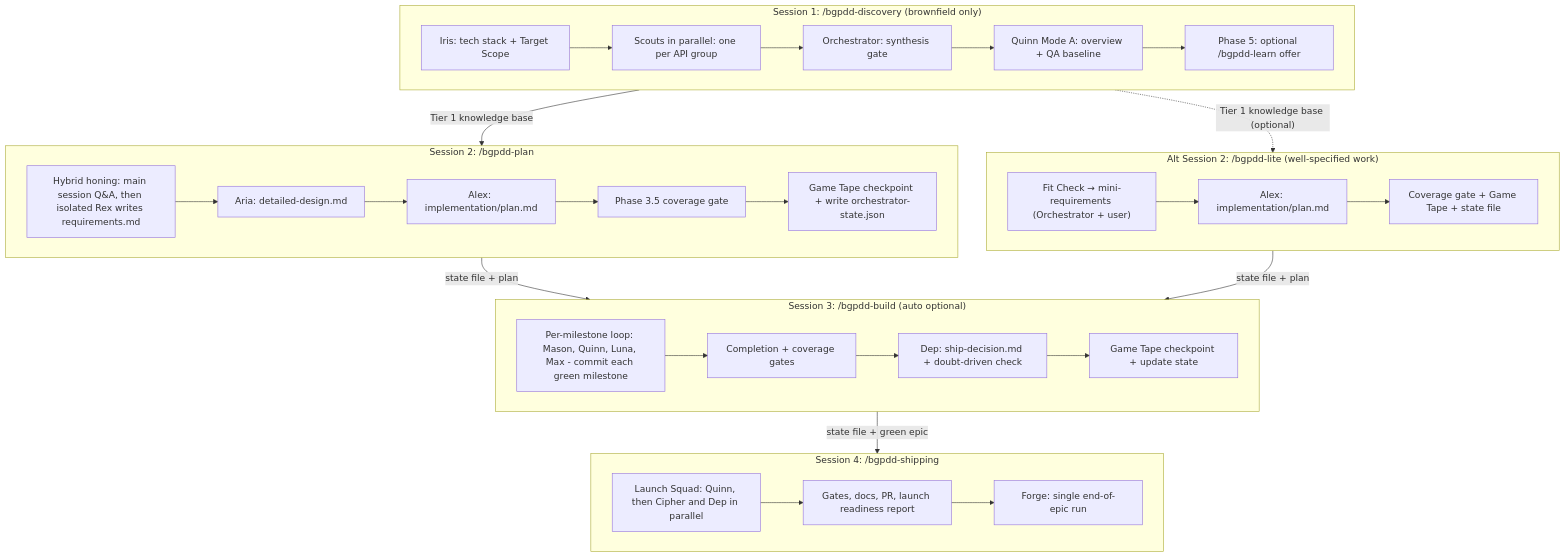
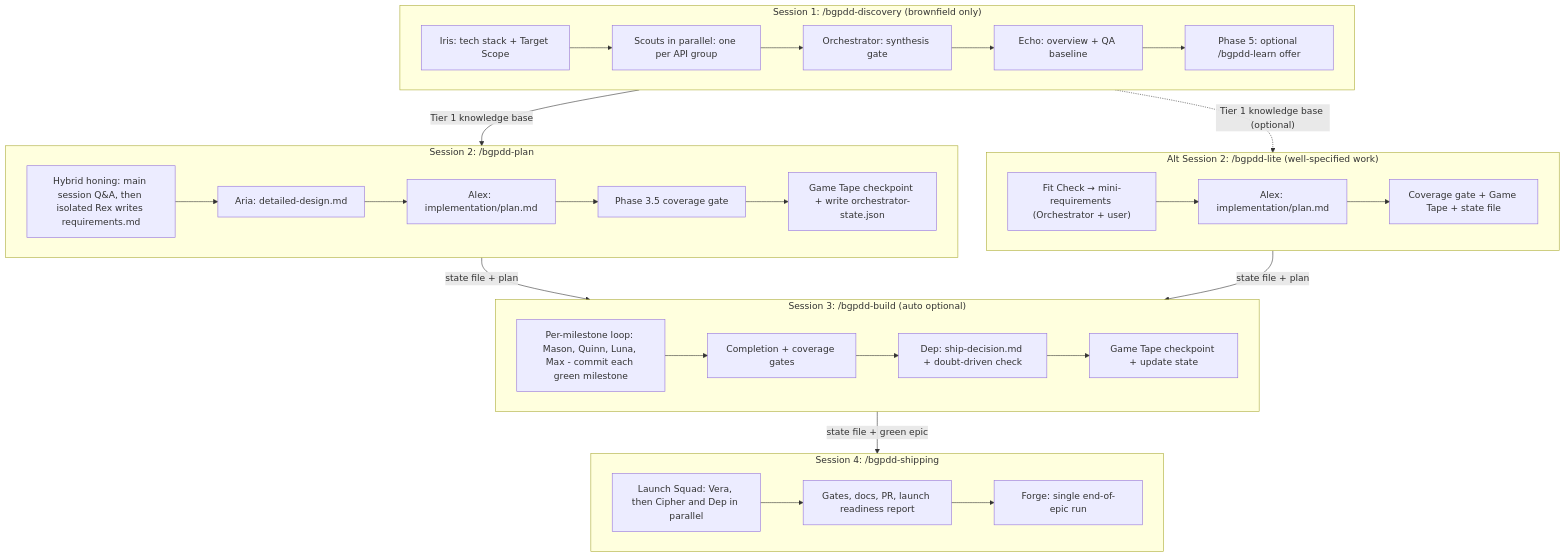
The third of 7 diagrams in README.md (MuhammadShaharyarNaeem/blackgoat-agentskills), drawn with Mermaid before and after one commit. The commit also changed other lines of this file and 20 other files, not shown here.

First line of the commit message:
Split Quinn into Quinn/Echo/Vera; trim wake-up loads; Max+Cipher lanes

````diff
--- a/README.md
+++ b/README.md
@@ -150,30 +152,30 @@
 ```mermaid
 flowchart TD
     subgraph S1["Session 1: /bgpdd-discovery (brownfield only)"]
         A1["Iris: tech stack + Target Scope"] --> A2["Scouts in parallel: one per API group"]
-        A2 --> A3["Orchestrator: synthesis gate"] --> A4["Quinn Mode A: overview + QA baseline"]
+        A2 --> A3["Orchestrator: synthesis gate"] --> A4["Echo: overview + QA baseline"]
         A4 --> A5["Phase 5: optional /bgpdd-learn offer"]
     end
     subgraph S2["Session 2: /bgpdd-plan"]
         B1["Hybrid honing: main session Q&A, then isolated Rex writes requirements.md"]
         B1 --> B2["Aria: detailed-design.md"] --> B3["Alex: implementation/plan.md"]
         B3 --> B4["Phase 3.5 coverage gate"] --> B5["Game Tape checkpoint + write orchestrator-state.json"]
     end
     subgraph S2L["Alt Session 2: /bgpdd-lite (well-specified work)"]
         L1["Fit Check → mini-requirements (Orchestrator + user)"] --> L2["Alex: implementation/plan.md"] --> L3["Coverage gate + Game Tape + state file"]
     end
     subgraph S3["Session 3: /bgpdd-build (auto optional)"]
         C1["Per-milestone loop: Mason, Quinn, Luna, Max - commit each green milestone"]
         C1 --> C2["Completion + coverage gates"] --> C3["Dep: ship-decision.md + doubt-driven check"]
         C3 --> C4["Game Tape checkpoint + update state"]
     end
     subgraph S4["Session 4: /bgpdd-shipping"]
-        D1["Launch Squad: Quinn, then Cipher and Dep in parallel"]
+        D1["Launch Squad: Vera, then Cipher and Dep in parallel"]
         D1 --> D2["Gates, docs, PR, launch readiness report"] --> D3["Forge: single end-of-epic run"]
     end
     S1 -- "Tier 1 knowledge base" --> S2
     S1 -. "Tier 1 knowledge base (optional)" .-> S2L
     S2 -- "state file + plan" --> S3
     S2L -- "state file + plan" --> S3
     S3 -- "state file + green epic" --> S4
 ```
````
